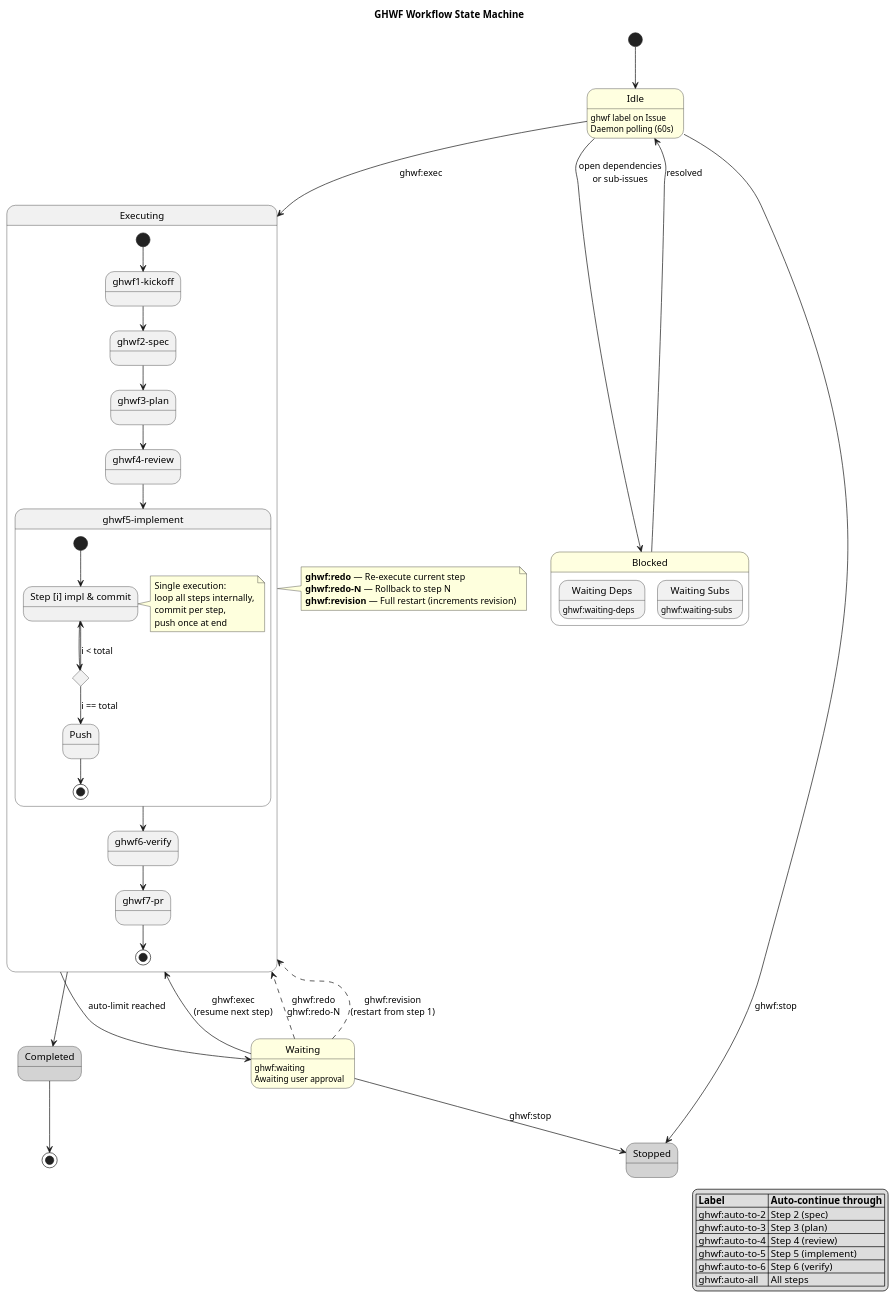
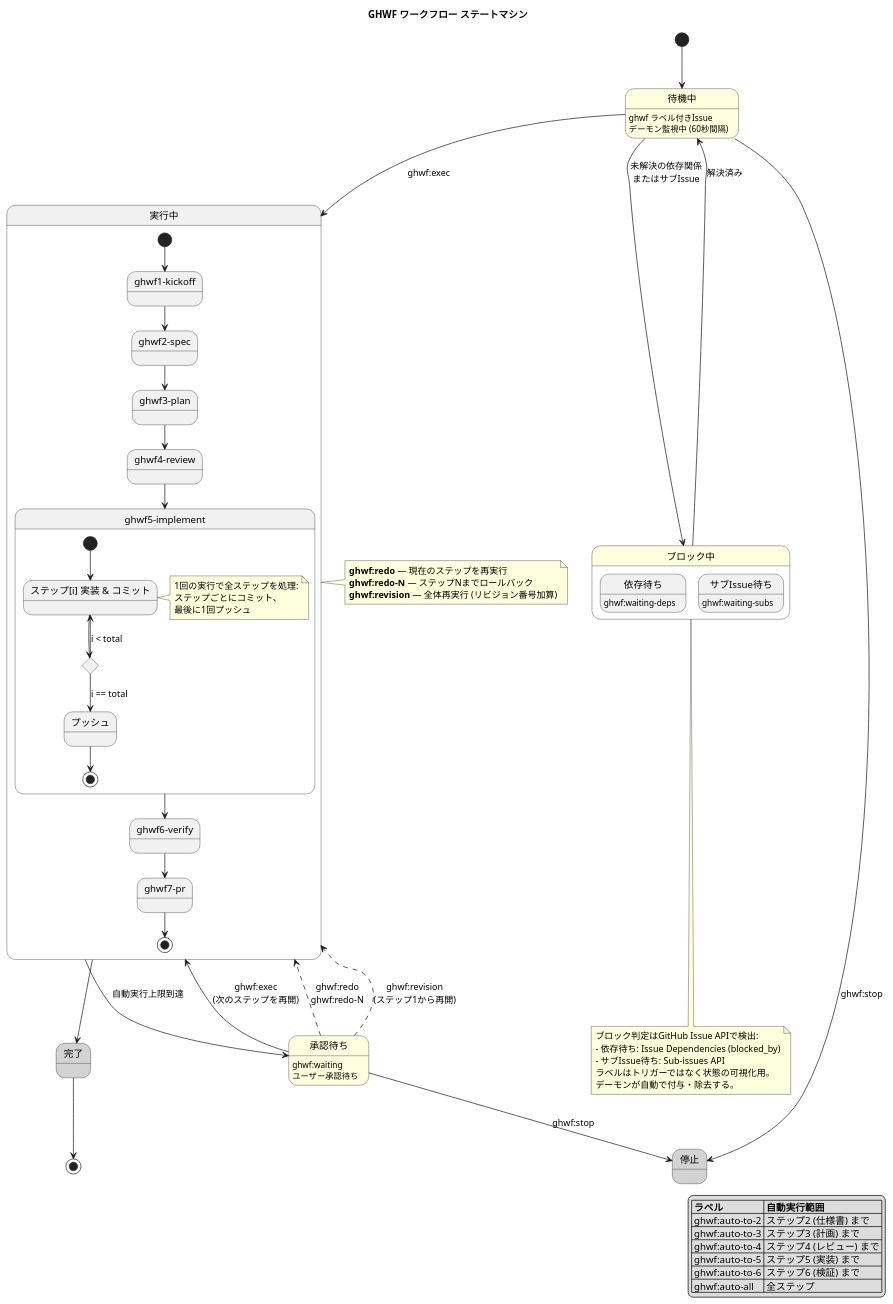
The diagram in docs/diagrams/ghwf-state-machine.puml (ShotaIuchi/dotclaude), drawn with PlantUML before and after one commit.

Commit message:
docs: GHWFステートマシン図のラベルを日本語化
状態名、遷移ラベル、ノート、凡例をすべて日本語に翻訳。

```diff
--- a/docs/diagrams/ghwf-state-machine.puml
+++ b/docs/diagrams/ghwf-state-machine.puml
@@ -1,117 +1,124 @@
 @startuml ghwf-state-machine
-title GHWF Workflow State Machine
+title GHWF ワークフロー ステートマシン
 
 skinparam state {
   BackgroundColor<<loop>> LightGreen
   BackgroundColor<<terminal>> LightGray
   BackgroundColor<<daemon>> LightYellow
 }
 
 [*] --> Idle
 
-state "Idle" as Idle <<daemon>> {
-  Idle : ghwf label on Issue
-  Idle : Daemon polling (60s)
+state "待機中" as Idle <<daemon>> {
+  Idle : ghwf ラベル付きIssue
+  Idle : デーモン監視中 (60秒間隔)
 }
 
-' ===== Executing (ghwf1-7) =====
+' ===== 実行中 (ghwf1-7) =====
 
-state "Executing" as Exec {
+state "実行中" as Exec {
 
   state "ghwf1-kickoff" as S1
   state "ghwf2-spec" as S2
   state "ghwf3-plan" as S3
   state "ghwf4-review" as S4
   state "ghwf5-implement" as S5 {
-    state "Step [i] impl & commit" as S5i
-    state "all done?" as S5check <<choice>>
-    state "Push" as S5push
+    state "ステップ[i] 実装 & コミット" as S5i
+    state "全完了?" as S5check <<choice>>
+    state "プッシュ" as S5push
 
     [*] --> S5i
     S5i --> S5check
     S5check --> S5i : i < total
     S5check --> S5push : i == total
     S5push --> [*]
 
     note right of S5i
-      Single execution:
-      loop all steps internally,
-      commit per step,
-      push once at end
+      1回の実行で全ステップを処理:
+      ステップごとにコミット、
+      最後に1回プッシュ
     end note
   }
   state "ghwf6-verify" as S6
   state "ghwf7-pr" as S7
 
   [*] --> S1
   S1 --> S2
   S2 --> S3
   S3 --> S4
   S4 --> S5
   S5 --> S6
   S6 --> S7
   S7 --> [*]
 }
 
-' ===== Normal Flow =====
+' ===== 通常フロー =====
 
 Idle --> Exec : ghwf:exec
 
-state "Completed" as Done <<terminal>>
+state "完了" as Done <<terminal>>
 Exec --> Done
 Done --> [*]
 
-' ===== Waiting / Approval =====
+' ===== 承認待ち =====
 
-state "Waiting" as Wait <<daemon>> {
+state "承認待ち" as Wait <<daemon>> {
   Wait : ghwf:waiting
-  Wait : Awaiting user approval
+  Wait : ユーザー承認待ち
 }
 
-Exec --> Wait : auto-limit reached
-Wait --> Exec : ghwf:exec\n(resume next step)
+Exec --> Wait : 自動実行上限到達
+Wait --> Exec : ghwf:exec\n(次のステップを再開)
 
-' ===== Redo / Revision =====
+' ===== やり直し / リビジョン =====
 
 Wait -[dashed]-> Exec : ghwf:redo\nghwf:redo-N
-Wait -[dashed]-> Exec : ghwf:revision\n(restart from step 1)
+Wait -[dashed]-> Exec : ghwf:revision\n(ステップ1から再開)
 
 note right of Exec
-  **ghwf:redo** — Re-execute current step
-  **ghwf:redo-N** — Rollback to step N
-  **ghwf:revision** — Full restart (increments revision)
+  **ghwf:redo** — 現在のステップを再実行
+  **ghwf:redo-N** — ステップNまでロールバック
+  **ghwf:revision** — 全体再実行 (リビジョン番号加算)
 end note
 
-' ===== Blocking =====
+' ===== ブロック中 =====
 
-state "Blocked" as Block <<daemon>> {
-  state "Waiting Deps" as WDep
-  state "Waiting Subs" as WSub
+state "ブロック中" as Block <<daemon>> {
+  state "依存待ち" as WDep
+  state "サブIssue待ち" as WSub
 
   WDep : ghwf:waiting-deps
   WSub : ghwf:waiting-subs
 }
 
-Idle --> Block : open dependencies\nor sub-issues
-Block --> Idle : resolved
+Idle --> Block : 未解決の依存関係\nまたはサブIssue
+Block --> Idle : 解決済み
 
-' ===== Stop =====
+note bottom of Block
+  ブロック判定はGitHub Issue APIで検出:
+  - 依存待ち: Issue Dependencies (blocked_by)
+  - サブIssue待ち: Sub-issues API
+  ラベルはトリガーではなく状態の可視化用。
+  デーモンが自動で付与・除去する。
+end note
 
-state "Stopped" as Stop <<terminal>>
+' ===== 停止 =====
+
+state "停止" as Stop <<terminal>>
 
 Wait --> Stop : ghwf:stop
 Idle --> Stop : ghwf:stop
 
-' ===== Legend =====
+' ===== 凡例 =====
 
 legend right
-  |= Label |= Auto-continue through |
-  | ghwf:auto-to-2 | Step 2 (spec) |
-  | ghwf:auto-to-3 | Step 3 (plan) |
-  | ghwf:auto-to-4 | Step 4 (review) |
-  | ghwf:auto-to-5 | Step 5 (implement) |
-  | ghwf:auto-to-6 | Step 6 (verify) |
-  | ghwf:auto-all | All steps |
+  |= ラベル |= 自動実行範囲 |
+  | ghwf:auto-to-2 | ステップ2 (仕様書) まで |
+  | ghwf:auto-to-3 | ステップ3 (計画) まで |
+  | ghwf:auto-to-4 | ステップ4 (レビュー) まで |
+  | ghwf:auto-to-5 | ステップ5 (実装) まで |
+  | ghwf:auto-to-6 | ステップ6 (検証) まで |
+  | ghwf:auto-all | 全ステップ |
 endlegend
 
 @enduml
```
